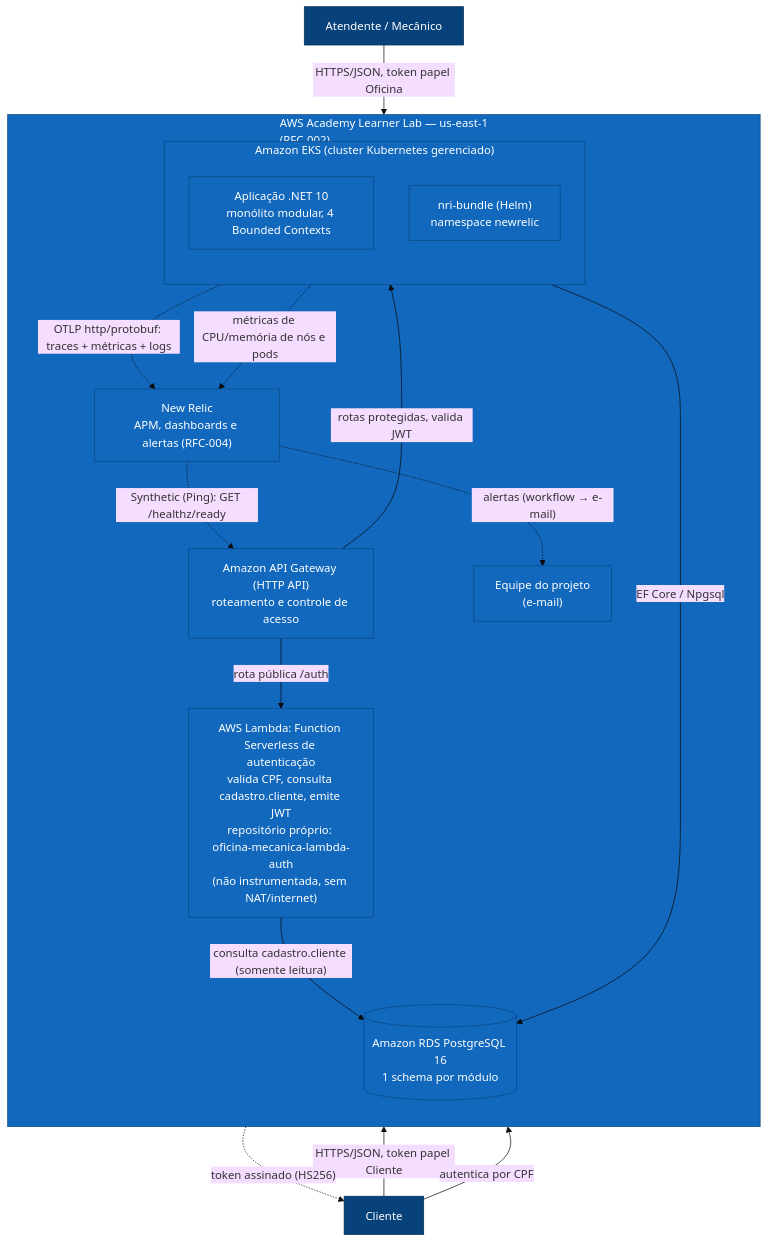
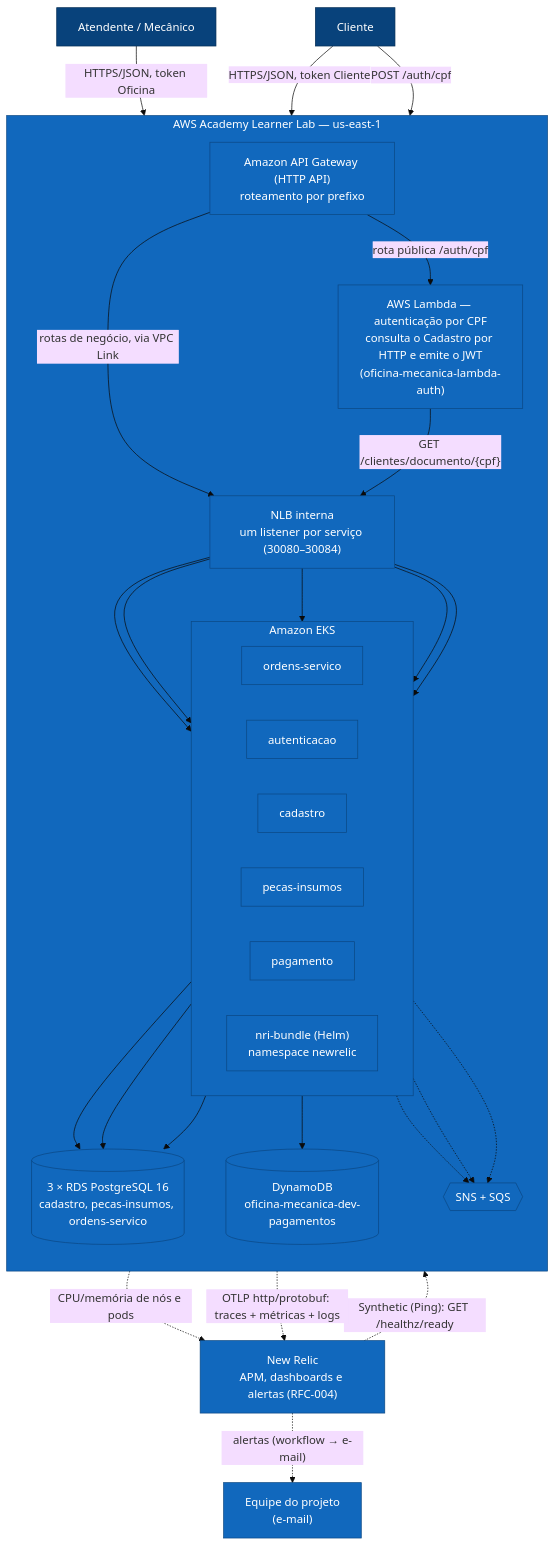
One commit to gabrielMauad/oficina-mecanica-app changed the fourth of 4 diagrams in docs/arquitetura/diagramas/componentes.md. Above: the diagram before and after it, drawn with Mermaid (base theme). The commit also changed other lines of this file and 31 other files, not shown here.

````diff
--- a/docs/arquitetura/diagramas/componentes.md
+++ b/docs/arquitetura/diagramas/componentes.md
@@ -118,38 +195,51 @@
 ```mermaid
 flowchart TB
     atendente["Atendente / Mecânico"]
     cliente["Cliente"]
 
-    subgraph nuvem["AWS Academy Learner Lab — us-east-1<br/>(RFC-002)"]
+    subgraph nuvem["AWS Academy Learner Lab — us-east-1"]
         direction TB
-        gateway["Amazon API Gateway (HTTP API)<br/>roteamento e controle de acesso"]
-        authFn["AWS Lambda: Function Serverless de autenticação<br/>valida CPF, consulta cadastro.cliente, emite JWT<br/>repositório próprio: oficina-mecanica-lambda-auth<br/>(não instrumentada, sem NAT/internet)"]
-        subgraph k8s["Amazon EKS (cluster Kubernetes gerenciado)"]
-            direction TB
-            app["Aplicação .NET 10<br/>monólito modular, 4 Bounded Contexts"]
+        gateway["Amazon API Gateway (HTTP API)<br/>roteamento por prefixo"]
+        authFn["AWS Lambda — autenticação por CPF<br/>consulta o Cadastro por HTTP e emite o JWT<br/>(oficina-mecanica-lambda-auth)"]
+        nlb["NLB interna<br/>um listener por serviço (30080–30084)"]
+        subgraph k8s["Amazon EKS"]
+            direction LR
+            os["ordens-servico"]
+            auth["autenticacao"]
+            cad["cadastro"]
+            pec["pecas-insumos"]
+            pag["pagamento"]
             nri["nri-bundle (Helm)<br/>namespace newrelic"]
         end
-        db[("Amazon RDS PostgreSQL 16<br/>1 schema por módulo")]
-        apm["New Relic<br/>APM, dashboards e alertas (RFC-004)"]
-        equipe["Equipe do projeto<br/>(e-mail)"]
+        rds[("3 × RDS PostgreSQL 16<br/>cadastro, pecas-insumos, ordens-servico")]
+        dyn[("DynamoDB<br/>oficina-mecanica-dev-pagamentos")]
+        broker{{"SNS + SQS"}}
     end
 
-    atendente -->|"HTTPS/JSON, token papel Oficina"| gateway
-    cliente -->|"HTTPS/JSON, token papel Cliente"| gateway
-    cliente -->|"autentica por CPF"| gateway
-    gateway -->|"rota pública /auth"| authFn
-    gateway -->|"rotas protegidas, valida JWT"| app
-    authFn -.->|"token assinado (HS256)"| cliente
-    authFn -->|"consulta cadastro.cliente (somente leitura)"| db
-    app -->|"EF Core / Npgsql"| db
-    app -.->|"OTLP http/protobuf: traces + métricas + logs"| apm
-    nri -.->|"métricas de CPU/memória de nós e pods"| apm
+    apm["New Relic<br/>APM, dashboards e alertas (RFC-004)"]
+    equipe["Equipe do projeto<br/>(e-mail)"]
+
+    atendente -->|"HTTPS/JSON, token Oficina"| gateway
+    cliente -->|"HTTPS/JSON, token Cliente"| gateway
+    cliente -->|"POST /auth/cpf"| gateway
+    gateway -->|"rota pública /auth/cpf"| authFn
+    gateway -->|"rotas de negócio, via VPC Link"| nlb
+    nlb --> os & auth & cad & pec & pag
+    authFn -->|"GET /clientes/documento/{cpf}"| nlb
+    os --> rds
+    cad --> rds
+    pec --> rds
+    pag --> dyn
+    os -.-> broker
+    pec -.-> broker
+    pag -.-> broker
+    k8s -.->|"OTLP http/protobuf: traces + métricas + logs"| apm
+    nri -.->|"CPU/memória de nós e pods"| apm
     apm -.->|"Synthetic (Ping): GET /healthz/ready"| gateway
     apm -.->|"alertas (workflow → e-mail)"| equipe
 
     classDef person fill:#08427b,stroke:#052e56,color:#fff
     classDef existente fill:#1168bd,stroke:#0b4884,color:#fff
-
     class atendente,cliente person
-    class app,authFn,apm,nri,equipe,gateway,db,k8s,nuvem existente
+    class os,auth,cad,pec,pag,authFn,apm,nri,equipe,gateway,rds,dyn,broker,nlb,k8s,nuvem existente
 ```
````
